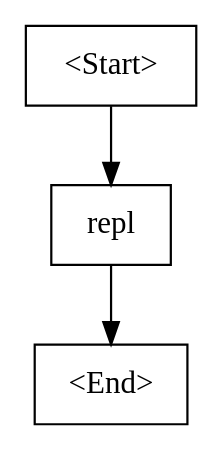
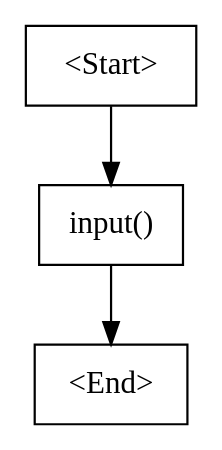
The diagram in src/epsilon.Program/bin/Debug/net9.0/cfg.dot (Sihuai2412/Epsilon), drawn with Graphviz before and after one commit. The commit also changed 45 other files, not shown here.

```diff
--- a/src/epsilon.Program/bin/Debug/net9.0/cfg.dot
+++ b/src/epsilon.Program/bin/Debug/net9.0/cfg.dot
@@ -1,7 +1,7 @@
 digraph G {
     N0 [label = "<Start>", shape = box]
-    N1 [label = "repl", shape = box]
+    N1 [label = "input()", shape = box]
     N2 [label = "<End>", shape = box]
     N0 -> N1 [label = ""]
     N1 -> N2 [label = ""]
 }
```
